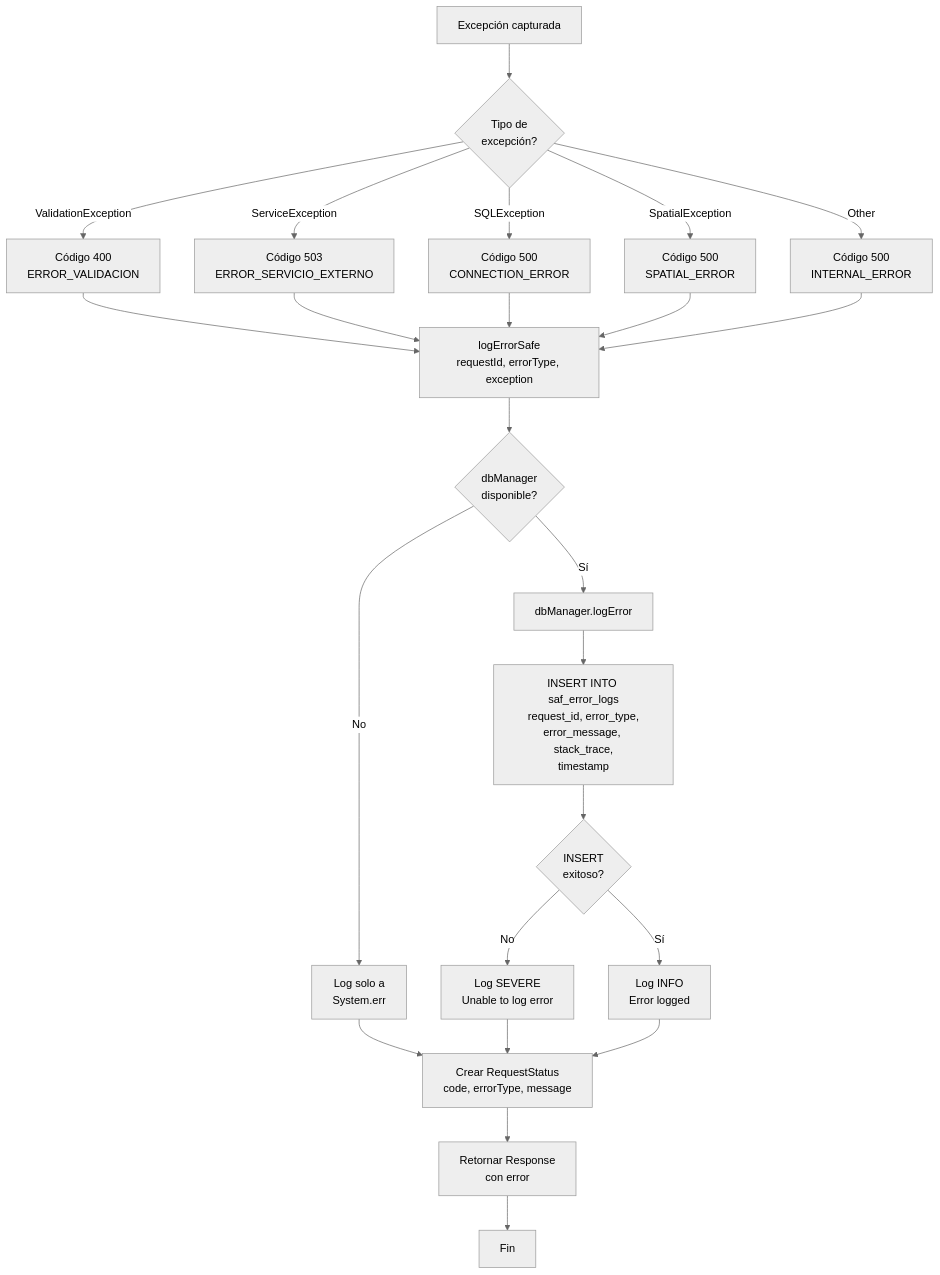
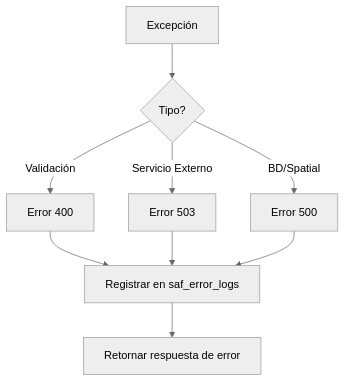
One commit to Linkmae/validacionCapasBosques changed the sixth of 6 diagrams in Documentos/MANUAL_OPERACION_MANTENIMIENTO.md. Above: the diagram before and after it, drawn with Mermaid (neutral theme). The commit also changed other lines of this file, not shown here.

First line of the commit message:
Simplificar diagramas del Manual de Operación y Mantenimiento

````diff
--- a/Documentos/MANUAL_OPERACION_MANTENIMIENTO.md
+++ b/Documentos/MANUAL_OPERACION_MANTENIMIENTO.md
@@ -394,33 +258,11 @@
 ```mermaid
 flowchart TB
-    A[Excepción capturada] --> B{Tipo de<br/>excepción?}
-    
-    B -->|ValidationException| C[Código 400<br/>ERROR_VALIDACION]
-    B -->|ServiceException| D[Código 503<br/>ERROR_SERVICIO_EXTERNO]
-    B -->|SQLException| E[Código 500<br/>CONNECTION_ERROR]
-    B -->|SpatialException| F[Código 500<br/>SPATIAL_ERROR]
-    B -->|Other| G[Código 500<br/>INTERNAL_ERROR]
-    
-    C --> H[logErrorSafe<br/>requestId, errorType, exception]
-    D --> H
-    E --> H
-    F --> H
-    G --> H
-    
-    H --> I{dbManager<br/>disponible?}
-    I -->|No| J[Log solo a<br/>System.err]
-    I -->|Sí| K[dbManager.logError]
-    
-    K --> L[INSERT INTO saf_error_logs<br/>request_id, error_type,<br/>error_message, stack_trace,<br/>timestamp]
-    
-    L --> M{INSERT<br/>exitoso?}
-    M -->|No| N[Log SEVERE<br/>Unable to log error]
-    M -->|Sí| O[Log INFO<br/>Error logged]
-    
-    J --> P[Crear RequestStatus<br/>code, errorType, message]
-    N --> P
-    O --> P
-    
-    P --> Q[Retornar Response<br/>con error]
-    Q --> Z[Fin]
+    A[Excepción] --> B{Tipo?}
+    B -->|Validación| C[Error 400]
+    B -->|Servicio Externo| D[Error 503]
+    B -->|BD/Spatial| E[Error 500]
+    C --> F[Registrar en saf_error_logs]
+    D --> F
+    E --> F
+    F --> G[Retornar respuesta de error]
 ```
````
